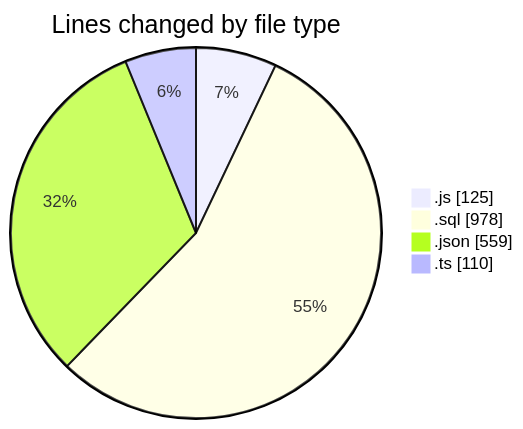
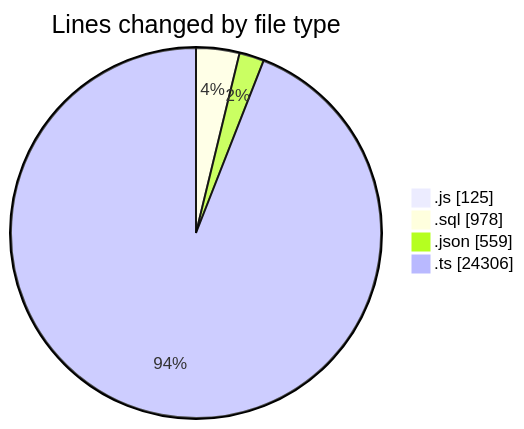
The first of 2 diagrams in 2026-05-20/cda/README.md (momahboobian/code-tracking), drawn with Mermaid before and after one commit. The commit also changed other lines of this file and 1 other file, not shown here.

````diff
--- a/2026-05-20/cda/README.md
+++ b/2026-05-20/cda/README.md
@@ -28,8 +34,8 @@
 ```mermaid
 pie showData
 title Lines changed by file type
 ".js" : 125
 ".sql" : 978
 ".json" : 559
-".ts" : 110
+".ts" : 24306
 ```
````
